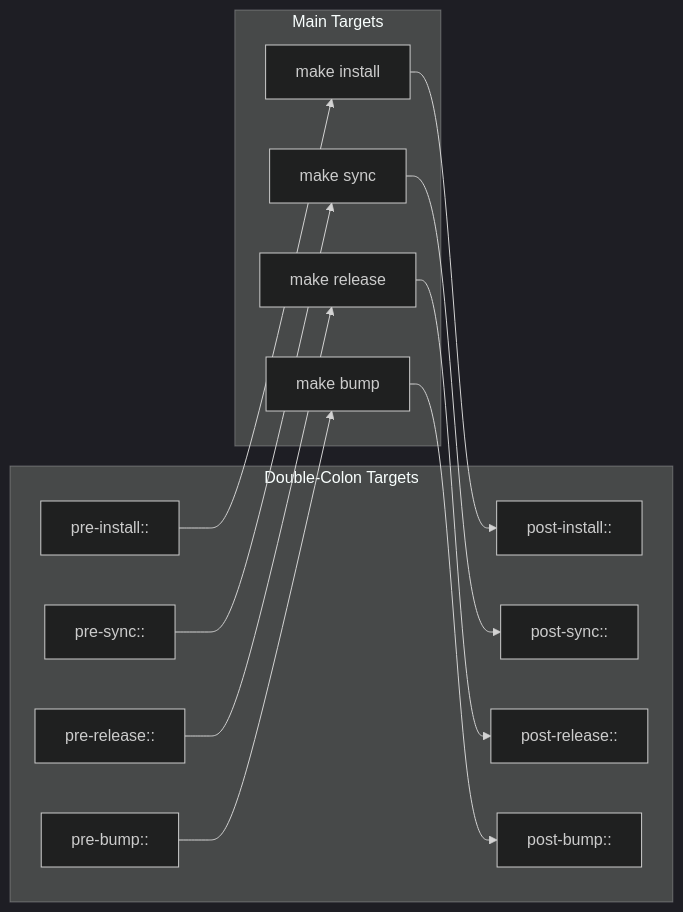
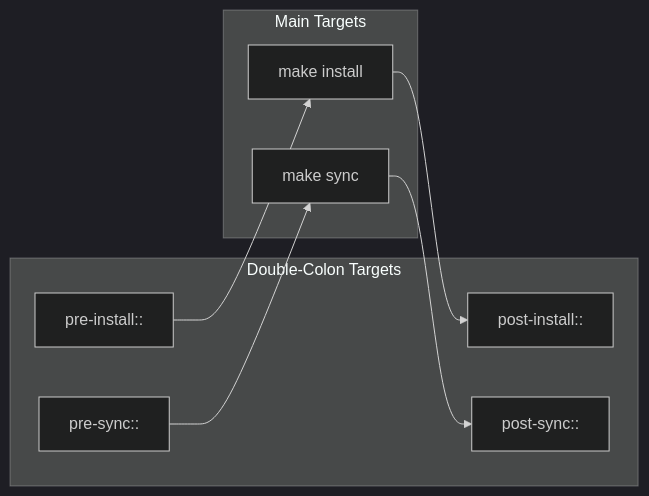
The third of 9 diagrams in docs/reference/ARCHITECTURE.md (Jebel-Quant/rhiza), drawn with Mermaid (dark theme) before and after one commit. The commit also changed other lines of this file and 16 other files, not shown here.

First line of the commit message:
chore: drop make bump/release targets — releasing moves to rhiza-claude /release (#1411)

````diff
--- a/docs/reference/ARCHITECTURE.md
+++ b/docs/reference/ARCHITECTURE.md
@@ -101,25 +101,17 @@
 ```mermaid
 flowchart LR
     subgraph Hooks["Double-Colon Targets"]
         pre_install[pre-install::]
         post_install[post-install::]
         pre_sync[pre-sync::]
         post_sync[post-sync::]
-        pre_release[pre-release::]
-        post_release[post-release::]
-        pre_bump[pre-bump::]
-        post_bump[post-bump::]
     end
 
     subgraph Targets["Main Targets"]
         install[make install]
         sync[make sync]
-        release[make release]
-        bump[make bump]
     end
 
     pre_install --> install --> post_install
     pre_sync --> sync --> post_sync
-    pre_release --> release --> post_release
-    pre_bump --> bump --> post_bump
 ```
````
